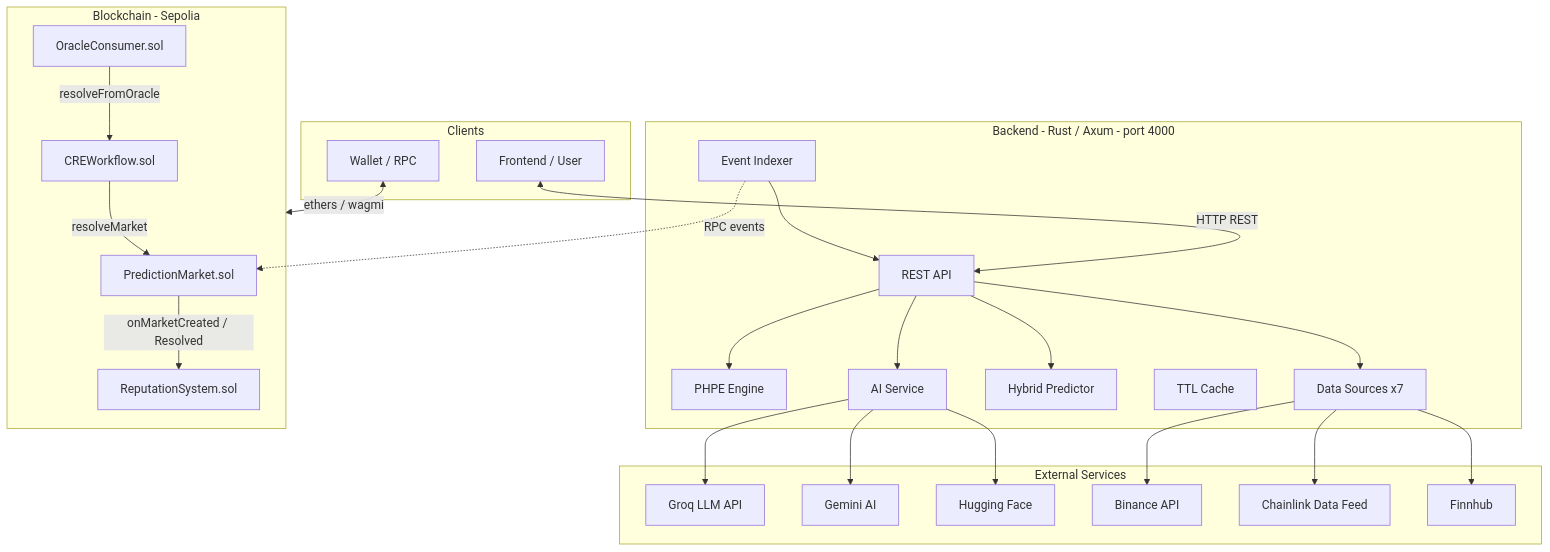
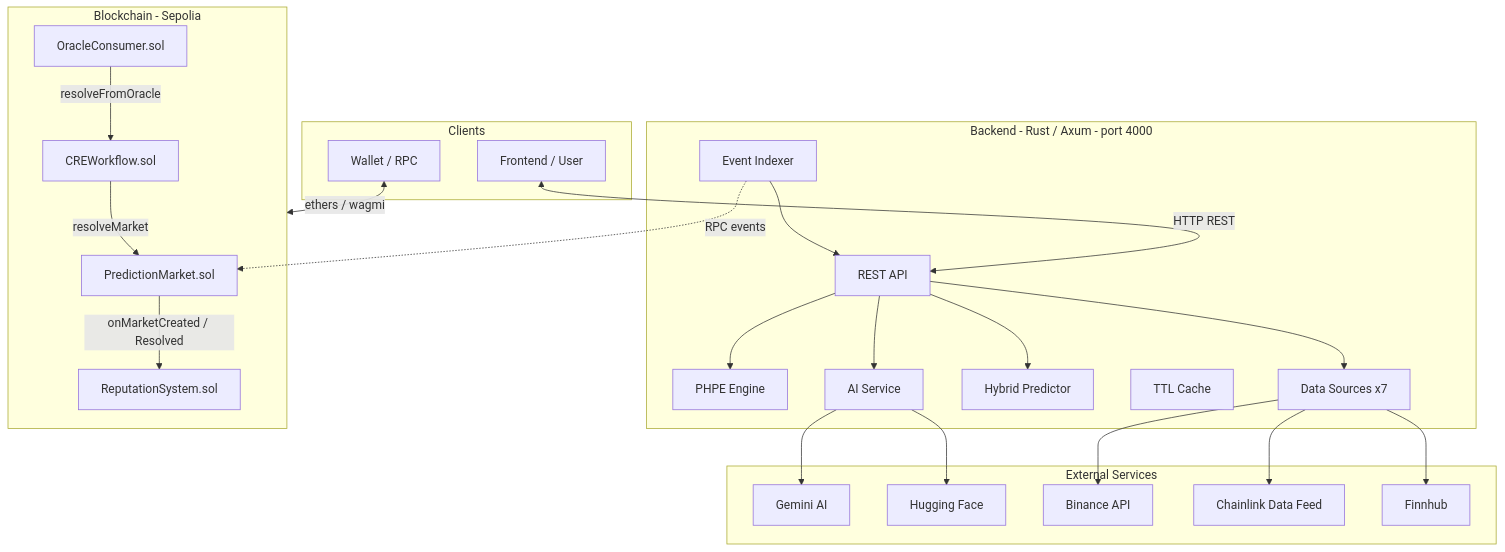
Before and after one commit to Quantumquirkz/PraesagiumChain: the first of 5 diagrams in README.md, drawn with Mermaid. The commit also changed other lines of this file and 3 other files, not shown here.

````diff
--- a/README.md
+++ b/README.md
@@ -59,51 +59,49 @@
 ```mermaid
 flowchart TB
     subgraph clients [Clients]
         UI[Frontend / User]
         Wallet[Wallet / RPC]
     end
 
     subgraph backend [Backend - Rust / Axum - port 4000]
         API[REST API]
         PHPE[PHPE Engine]
         AISvc[AI Service]
         Hybrid[Hybrid Predictor]
         Indexer[Event Indexer]
         Cache[TTL Cache]
         Sources[Data Sources x7]
         API --> PHPE
         API --> AISvc
         API --> Hybrid
         API --> Sources
         Indexer --> API
     end
 
     subgraph chain [Blockchain - Sepolia]
         PM[PredictionMarket.sol]
         CRE[CREWorkflow.sol]
         OC[OracleConsumer.sol]
         Rep[ReputationSystem.sol]
         OC -->|resolveFromOracle| CRE
         CRE -->|resolveMarket| PM
         PM -->|onMarketCreated / Resolved| Rep
     end
 
     subgraph external [External Services]
-        Groq[Groq LLM API]
         Gemini[Gemini AI]
         HF[Hugging Face]
         Binance[Binance API]
         CL[Chainlink Data Feed]
         News[Finnhub]
     end
 
     UI <-->|HTTP REST| API
     Wallet <-->|ethers / wagmi| chain
-    AISvc --> Groq
     AISvc --> Gemini
     AISvc --> HF
     Sources --> Binance
     Sources --> CL
     Sources --> News
     Indexer -.->|RPC events| PM
 ```
````
